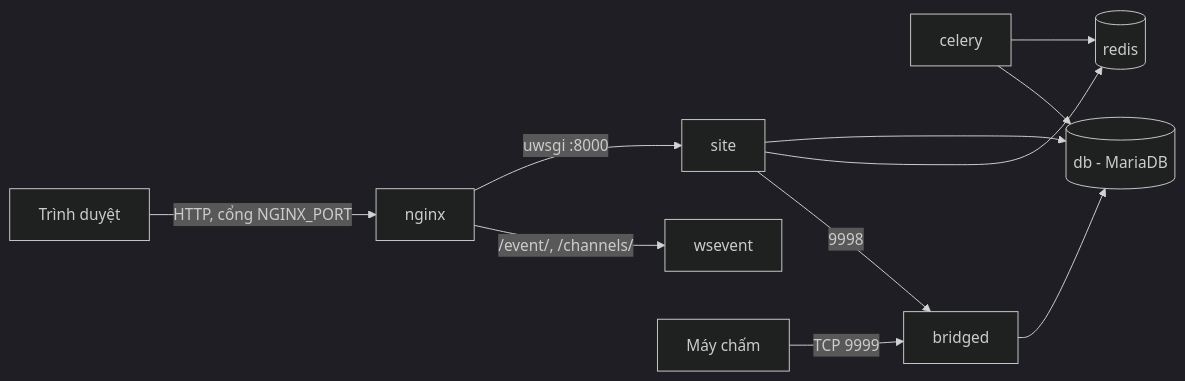
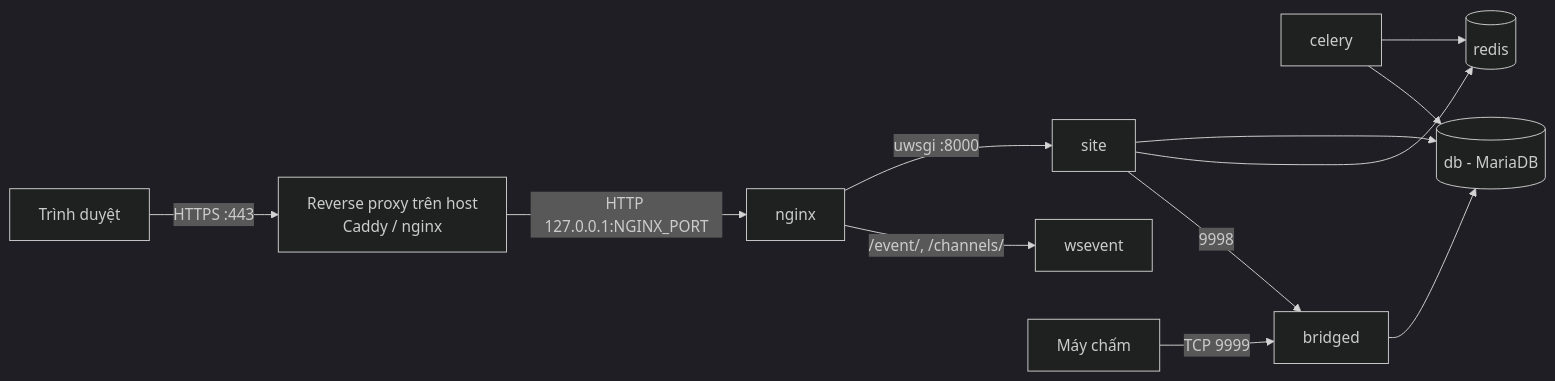
Before and after one commit to luyencode/docs: the first of 2 diagrams in src/operate/installation.md, drawn with Mermaid (dark theme). The commit also changed other lines of this file and 70 other files, not shown here.

````diff
--- a/src/operate/installation.md
+++ b/src/operate/installation.md
@@ -32,13 +32,14 @@
 ```mermaid
 flowchart LR
-  U[Trình duyệt] -->|HTTP, cổng NGINX_PORT| N[nginx]
+  U[Trình duyệt] -->|HTTPS :443| P[Reverse proxy trên host<br/>Caddy / nginx]
+  P -->|HTTP 127.0.0.1:NGINX_PORT| N[nginx]
   N -->|uwsgi :8000| S[site]
   N -->|/event/, /channels/| W[wsevent]
   S --> DB[(db - MariaDB)]
   S --> R[(redis)]
   C[celery] --> R
   C --> DB
   J[Máy chấm] -->|TCP 9999| B[bridged]
   S -->|9998| B
   B --> DB
 ```
````
